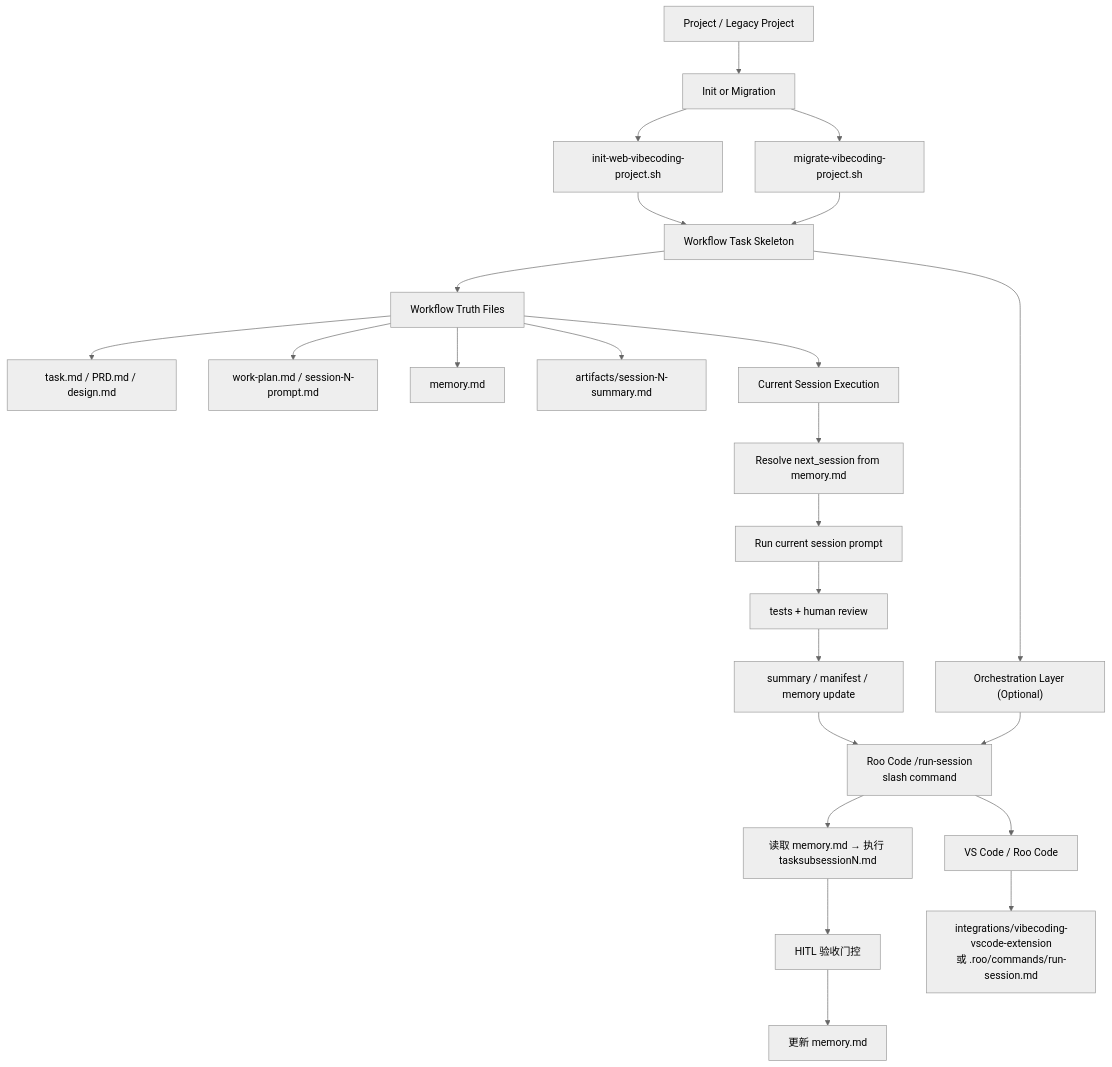
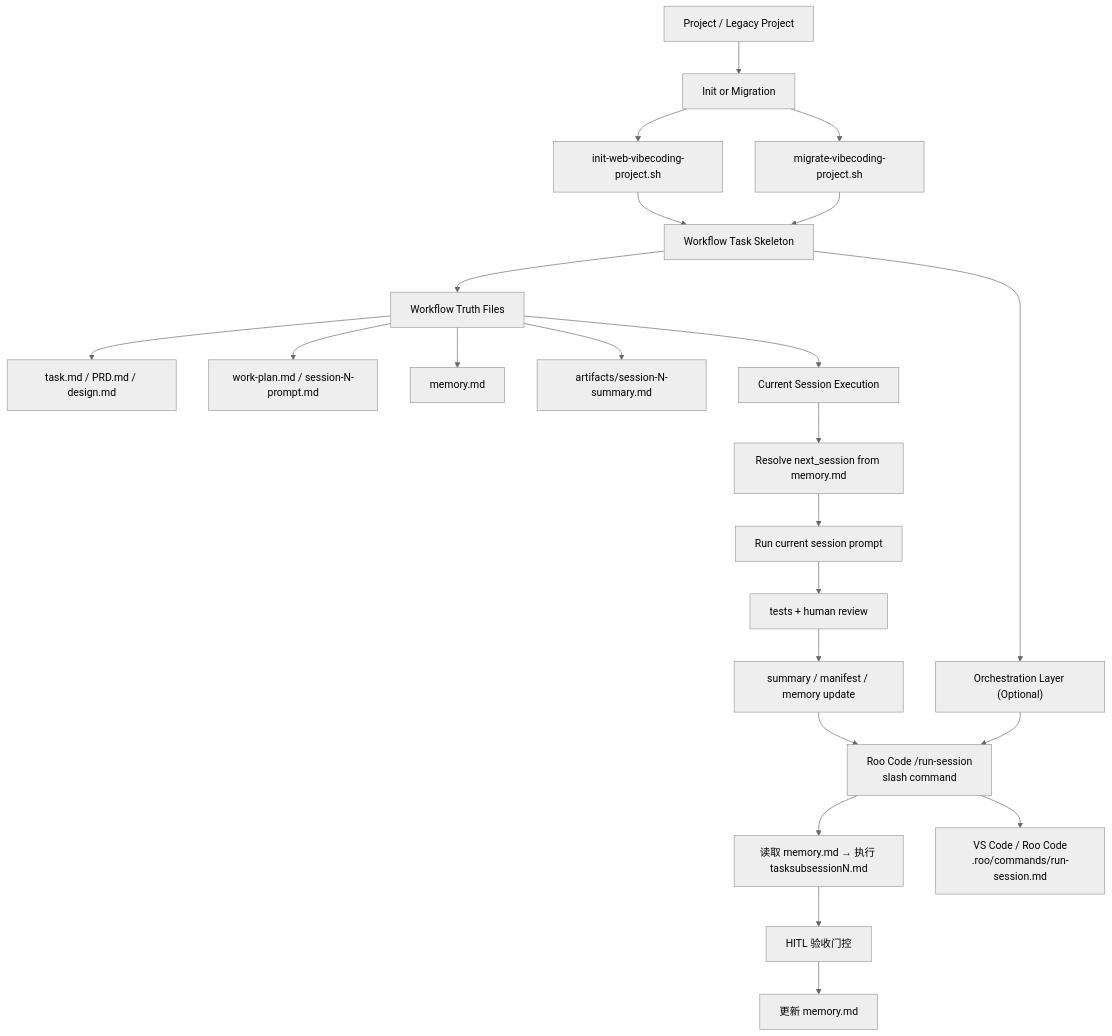
One commit to qi9zg202-source/vibecodingworkflow changed the diagram in README.md. Above: the diagram before and after it, drawn with Mermaid (neutral theme). The commit also changed other lines of this file and 7 other files, not shown here.

First line of the commit message:
chore: remove stale references to langgraph and vscode extension in docs

````diff
--- a/README.md
+++ b/README.md
@@ -97,31 +91,30 @@
 ```mermaid
 flowchart TB
     A["Project / Legacy Project"] --> B["Init or Migration"]
     B --> B1["init-web-vibecoding-project.sh"]
     B --> B2["migrate-vibecoding-project.sh"]
 
     B1 --> C["Workflow Task Skeleton"]
     B2 --> C
 
     C --> D["Workflow Truth Files"]
     D --> D1["task.md / PRD.md / design.md"]
     D --> D2["work-plan.md / session-N-prompt.md"]
     D --> D3["memory.md"]
     D --> D4["artifacts/session-N-summary.md"]
 
     C --> E["Orchestration Layer (Optional)"]
     E --> E1["Roo Code /run-session\nslash command"]
     E1 --> E2["读取 memory.md → 执行 tasksubsessionN.md"]
     E2 --> E3["HITL 验收门控"]
     E3 --> E4["更新 memory.md"]
 
     D --> F["Current Session Execution"]
     F --> F1["Resolve next_session from memory.md"]
     F1 --> F2["Run current session prompt"]
     F2 --> F3["tests + human review"]
     F3 --> F4["summary / manifest / memory update"]
     F4 --> E1
 
-    E1 --> G["VS Code / Roo Code"]
-    G --> G1["integrations/vibecoding-vscode-extension\n或 .roo/commands/run-session.md"]
+    E1 --> G["VS Code / Roo Code\n.roo/commands/run-session.md"]
 ```
````
